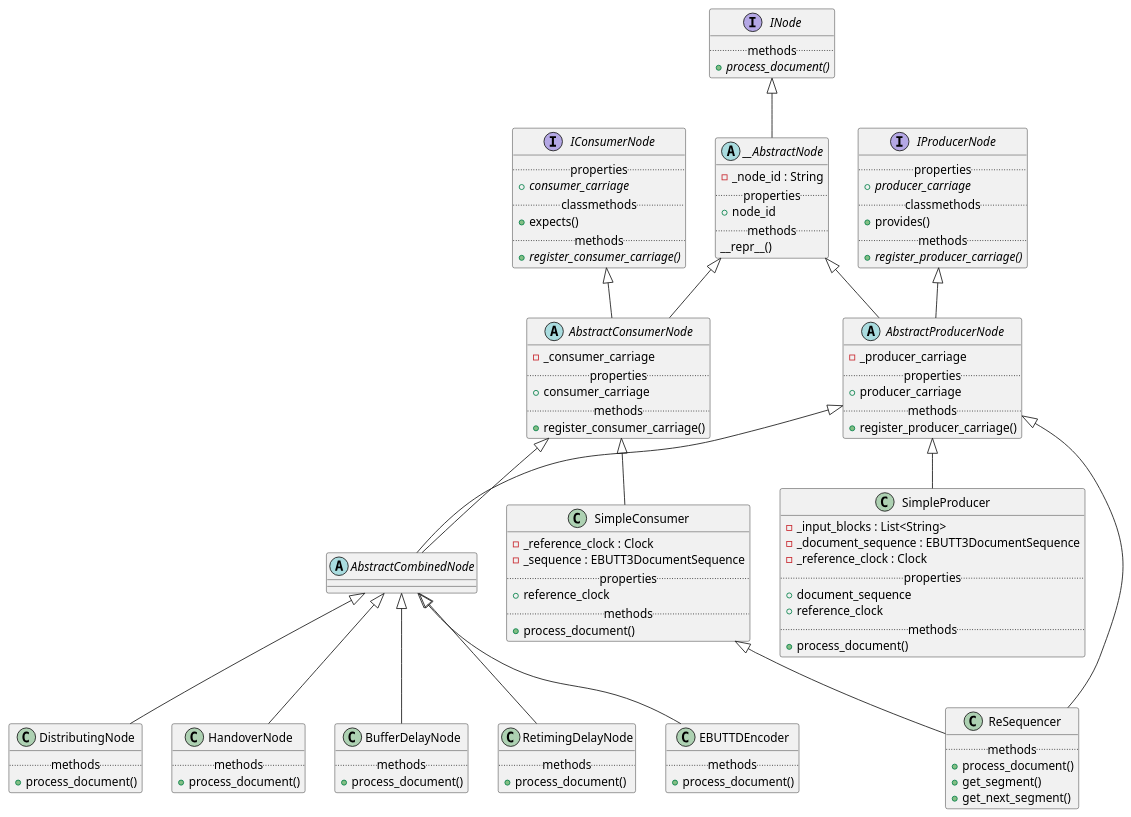
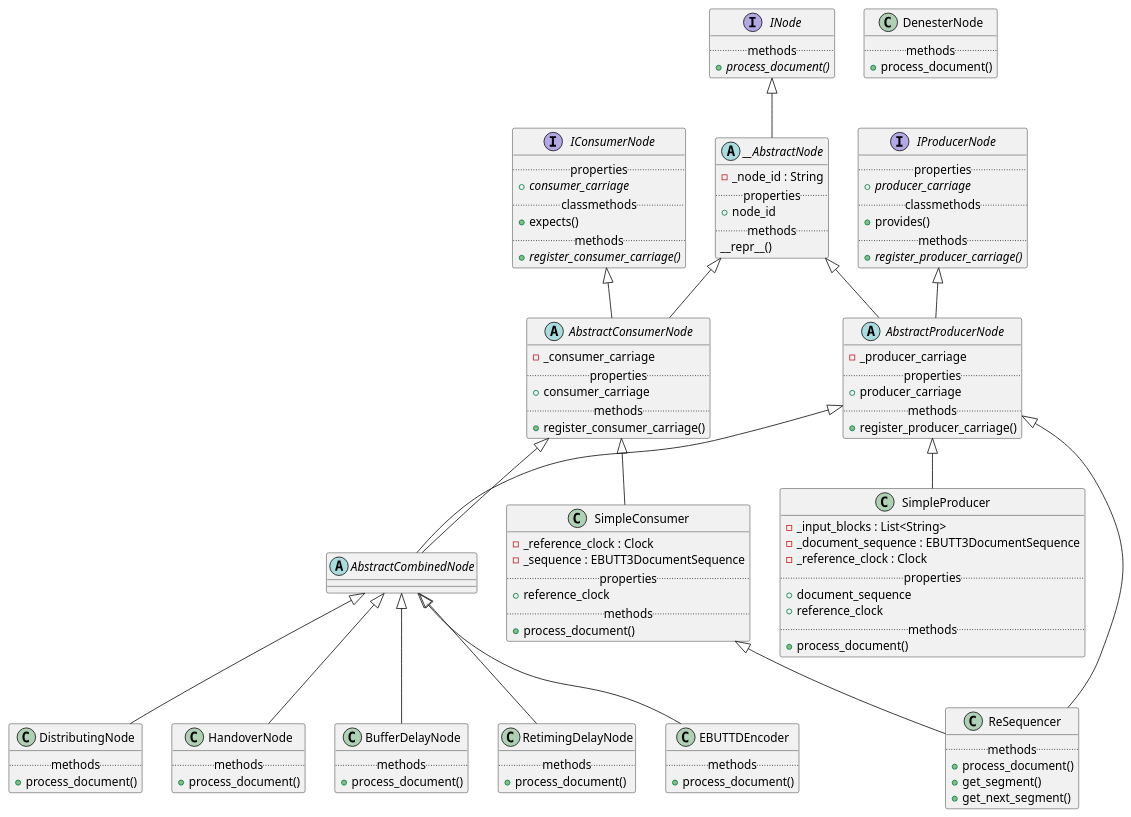
Before and after one commit to ebu/ebu-tt-live-toolkit: the diagram in docs/source/inode.puml, drawn with PlantUML. The commit also changed 111 other files, not shown here.

```diff
--- a/docs/source/inode.puml
+++ b/docs/source/inode.puml
@@ -1,118 +1,123 @@
 @startuml
 
 interface INode {
   ..methods..
   +{abstract} process_document()
 }
 interface IConsumerNode {
   ..properties..
   +{abstract} consumer_carriage
   ..classmethods..
   +expects()
   ..methods..
   +{abstract}register_consumer_carriage()
 }
 interface IProducerNode {
   ..properties..
   +{abstract} producer_carriage
   ..classmethods..
   +provides()
   ..methods..
   +{abstract}register_producer_carriage()
 }
 
 abstract class __AbstractNode {
   -_node_id : String
   ..properties..
   +node_id
   ..methods..
   __repr__()
 }
 abstract class AbstractConsumerNode {
   -_consumer_carriage
   ..properties..
   +consumer_carriage
   ..methods..
   +register_consumer_carriage()
 }
 abstract class AbstractProducerNode {
   -_producer_carriage
   ..properties..
   +producer_carriage
   ..methods..
   +register_producer_carriage()
 }
 abstract class AbstractCombinedNode {
 }
 
 class SimpleProducer {
   -_input_blocks : List<String>
   -_document_sequence : EBUTT3DocumentSequence
   -_reference_clock : Clock
   ..properties..
   +document_sequence
   +reference_clock
   ..methods..
   +process_document()
 }
 
 class SimpleConsumer {
   -_reference_clock : Clock
   -_sequence : EBUTT3DocumentSequence
   ..properties..
   +reference_clock
   ..methods..
   +process_document()
 }
 
 class BufferDelayNode {
   ..methods..
   +process_document()
 }
 
+class DenesterNode{
+  ..methods..
+  +process_document()
+}
+
 class RetimingDelayNode{
   ..methods..
   +process_document()
 }
 
 class EBUTTDEncoder {
   ..methods..
   +process_document()
 }
 
 class DistributingNode {
   ..methods..
   +process_document()
 }
 
 class ReSequencer {
   ..methods..
   +process_document()
   +get_segment()
   +get_next_segment()
 }
 
 class HandoverNode {
   ..methods..
   +process_document()
 }
 
 INode <|-- __AbstractNode
 __AbstractNode <|-- AbstractConsumerNode
 IConsumerNode <|-- AbstractConsumerNode
 __AbstractNode <|-- AbstractProducerNode
 IProducerNode <|-- AbstractProducerNode
 AbstractConsumerNode <|-- AbstractCombinedNode
 AbstractProducerNode <|-- AbstractCombinedNode
 
 AbstractProducerNode <|-- SimpleProducer
 AbstractProducerNode <|-- ReSequencer
 AbstractConsumerNode <|-- SimpleConsumer
 AbstractCombinedNode <|-- EBUTTDEncoder
 AbstractCombinedNode <|-- BufferDelayNode
 AbstractCombinedNode <|-- RetimingDelayNode
 AbstractCombinedNode <|-- DistributingNode
 AbstractCombinedNode <|-- HandoverNode
 SimpleConsumer <|-- ReSequencer
 
 @enduml
```
